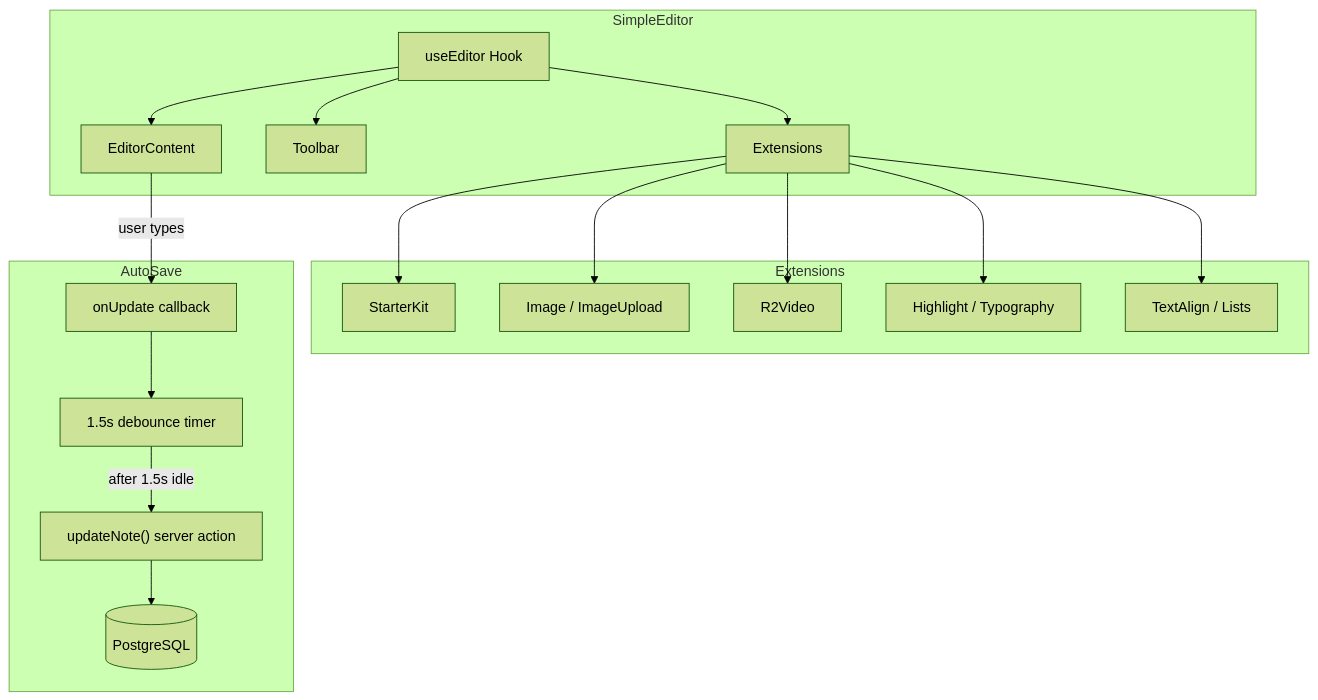
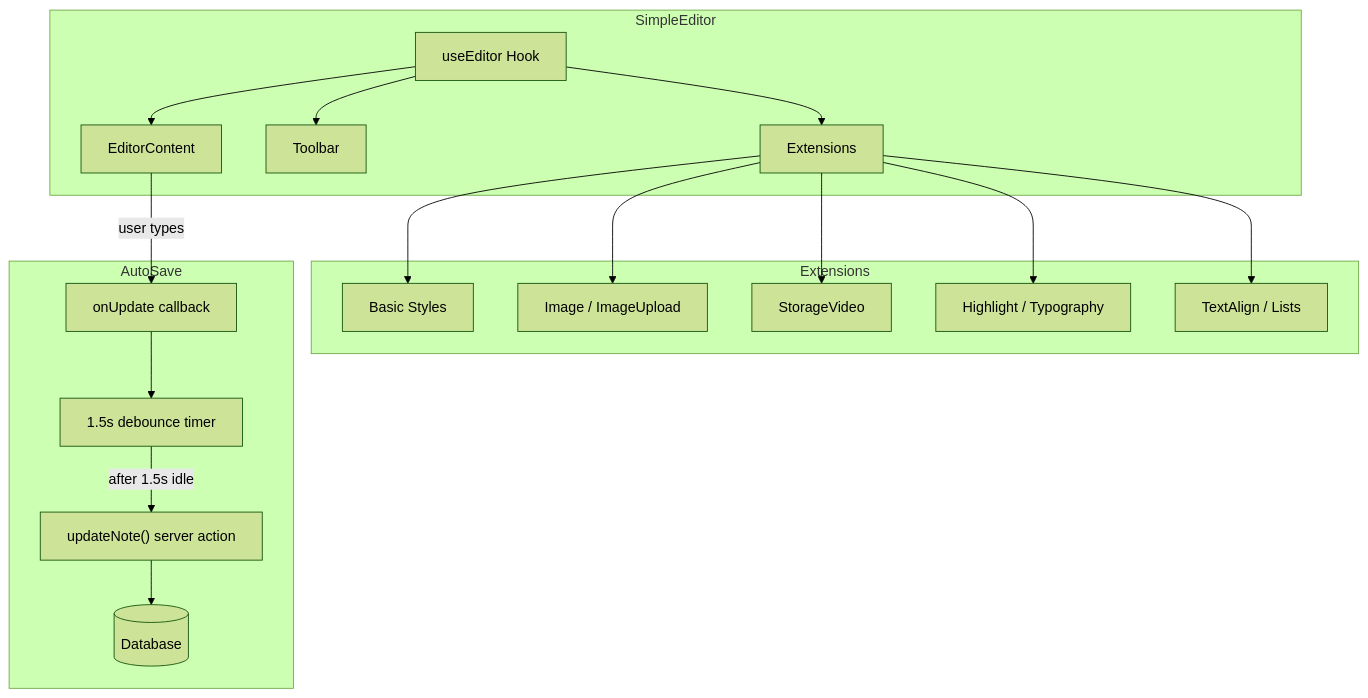
Before and after one commit to aloshy0/S4: the fifth of 6 diagrams in README (1).md, drawn with Mermaid (forest theme). The commit also changed other lines of this file, not shown here.

````diff
--- a/README (1).md
+++ b/README (1).md
@@ -315,31 +315,31 @@
 ```mermaid
 graph TB
     subgraph SimpleEditor
         A[useEditor Hook]
         B[Extensions]
         C[Toolbar]
         D[EditorContent]
     end
 
     subgraph Extensions
-        E[StarterKit]
+        E[Basic Styles]
         F[Image / ImageUpload]
-        G[R2Video]
+        G[StorageVideo]
         H[Highlight / Typography]
         I[TextAlign / Lists]
     end
 
     subgraph AutoSave
         J[onUpdate callback]
         K[1.5s debounce timer]
         L["updateNote() server action"]
-        M[(PostgreSQL)]
+        M[(Database)]
     end
 
     A --> B & C & D
     B --> E & F & G & H & I
     D -- "user types" --> J
     J --> K
     K -- "after 1.5s idle" --> L
     L --> M
 ```
````
